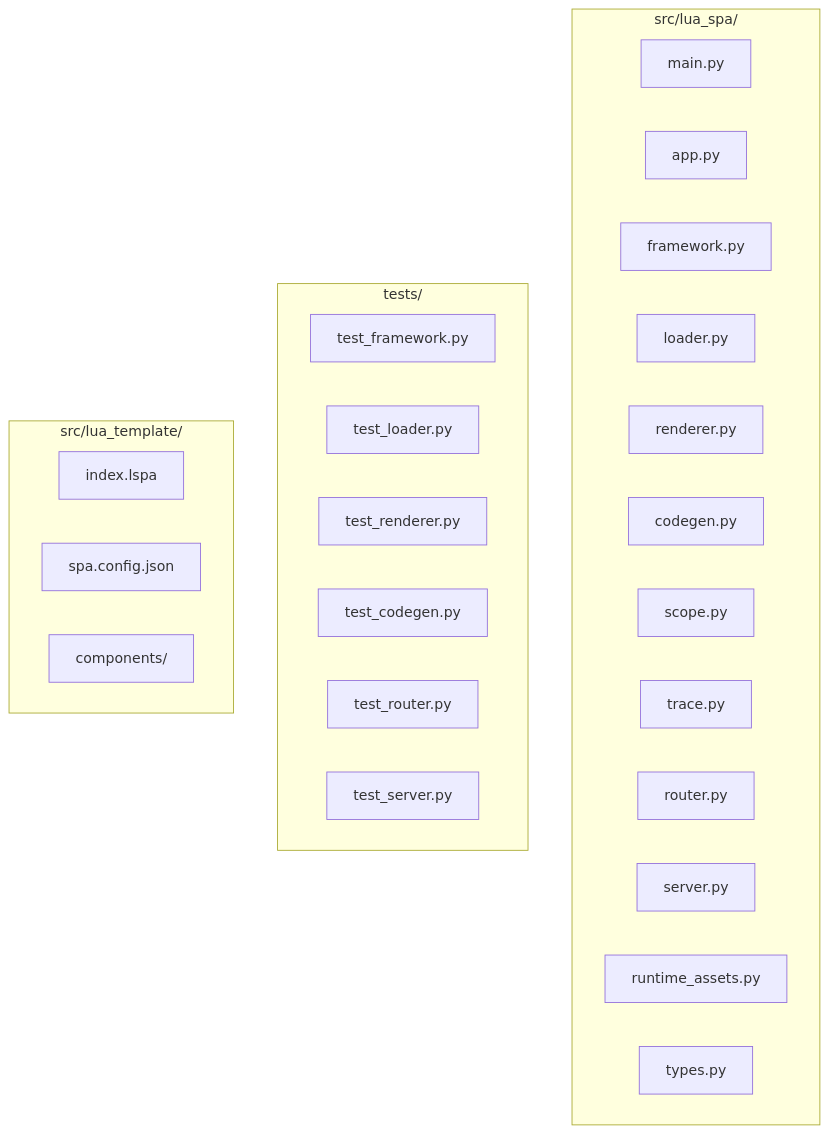
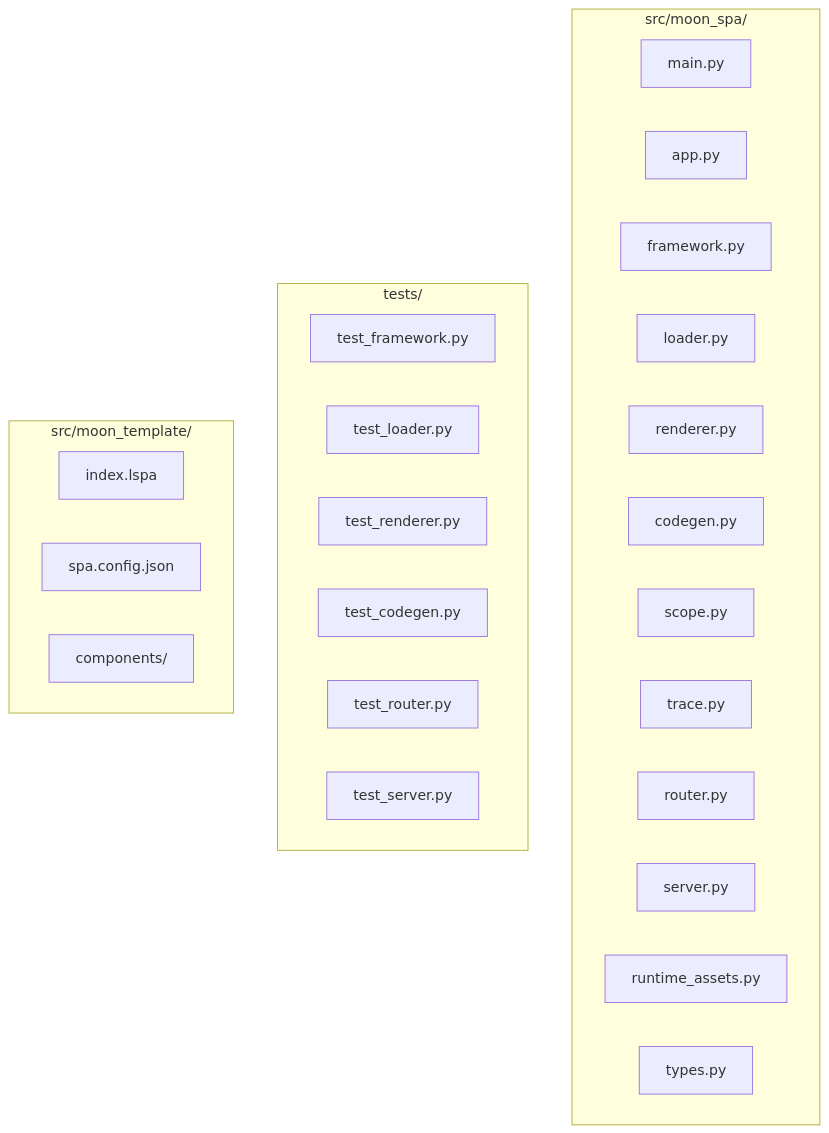
One commit to roderiano/lua-spa changed the first of 2 diagrams in docs/docs/contributing.md. Above: the diagram before and after it, drawn with Mermaid. The commit also changed other lines of this file and 90 other files, not shown here.

````diff
--- a/docs/docs/contributing.md
+++ b/docs/docs/contributing.md
@@ -67,32 +67,32 @@
 ```mermaid
 graph TD
-    subgraph src ["src/lua_spa/"]
+    subgraph src ["src/moon_spa/"]
         main.py
         app.py
         framework.py
         loader.py
         renderer.py
         codegen.py
         scope.py
         trace.py
         router.py
         server.py
         runtime_assets.py
         types.py
     end
 
     subgraph tests ["tests/"]
         t1[test_framework.py]
         t2[test_loader.py]
         t3[test_renderer.py]
         t4[test_codegen.py]
         t5[test_router.py]
         t6[test_server.py]
     end
 
-    subgraph template ["src/lua_template/"]
+    subgraph template ["src/moon_template/"]
         tpl[index.lspa]
         cfg[spa.config.json]
         comp[components/]
     end
 ```
````
